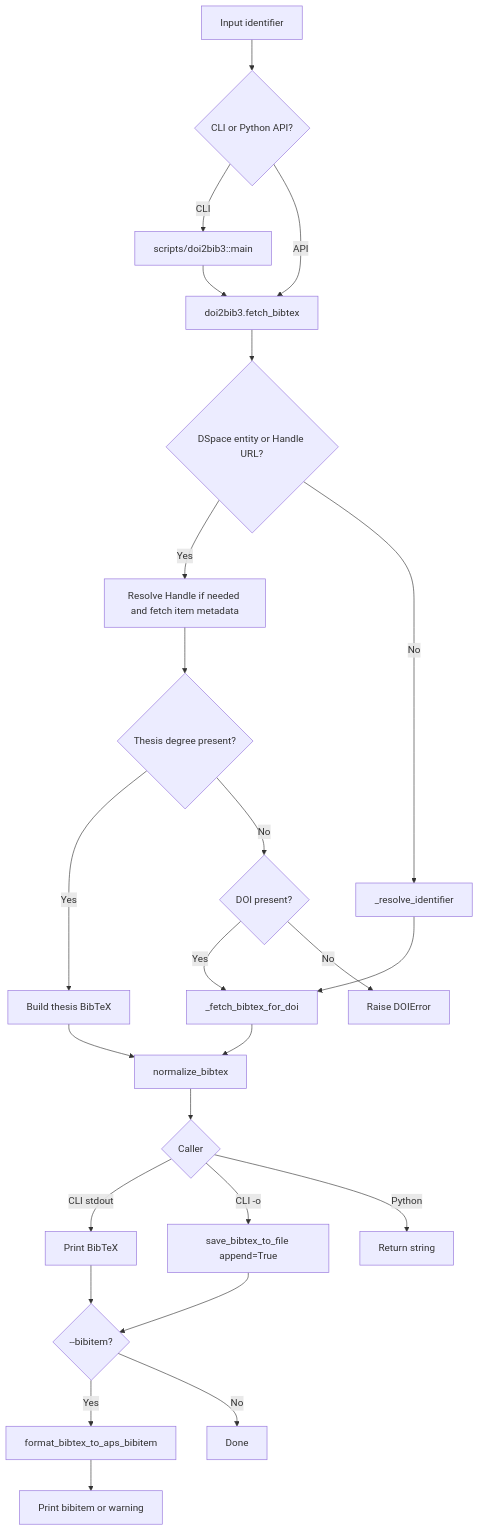
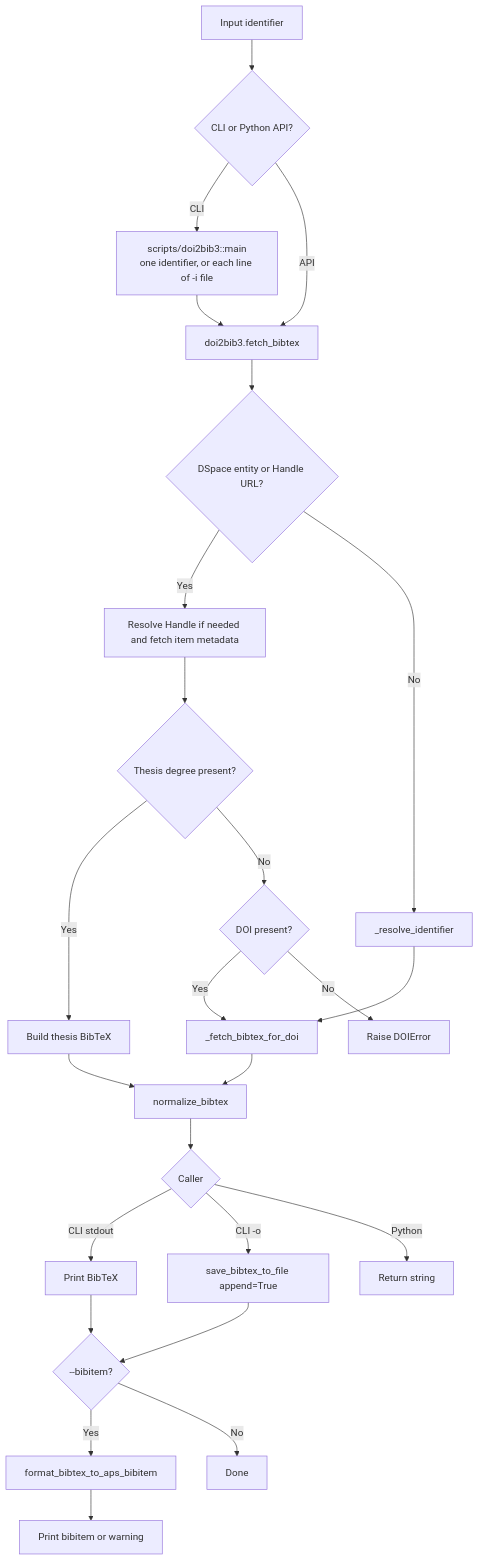
The first of 4 diagrams in docs/ALGORITHM_VISUALS.md (archisman-panigrahi/doi2bib3), drawn with Mermaid before and after one commit. The commit also changed 4 other files, not shown here.

````diff
--- a/docs/ALGORITHM_VISUALS.md
+++ b/docs/ALGORITHM_VISUALS.md
@@ -7,27 +7,27 @@
 ```mermaid
 flowchart TD
     A[Input identifier] --> B{CLI or Python API?}
-    B -->|CLI| C[scripts/doi2bib3::main]
+    B -->|CLI| C[scripts/doi2bib3::main<br/>one identifier, or each line of -i file]
     B -->|API| D[doi2bib3.fetch_bibtex]
     C --> D
     D --> P{DSpace entity or Handle URL?}
     P -->|Yes| Q[Resolve Handle if needed and fetch item metadata]
     P -->|No| E[_resolve_identifier]
     Q --> R{Thesis degree present?}
     R -->|Yes| S[Build thesis BibTeX]
     R -->|No| T{DOI present?}
     T -->|Yes| F
     T -->|No| U[Raise DOIError]
     E --> F[_fetch_bibtex_for_doi]
     F --> G[normalize_bibtex]
     S --> G
     G --> H{Caller}
     H -->|CLI stdout| I[Print BibTeX]
     H -->|CLI -o| J[save_bibtex_to_file append=True]
     H -->|Python| K[Return string]
     I --> L{--bibitem?}
     J --> L
     L -->|Yes| M[format_bibtex_to_aps_bibitem]
     L -->|No| N[Done]
     M --> O[Print bibitem or warning]
 ```
````
